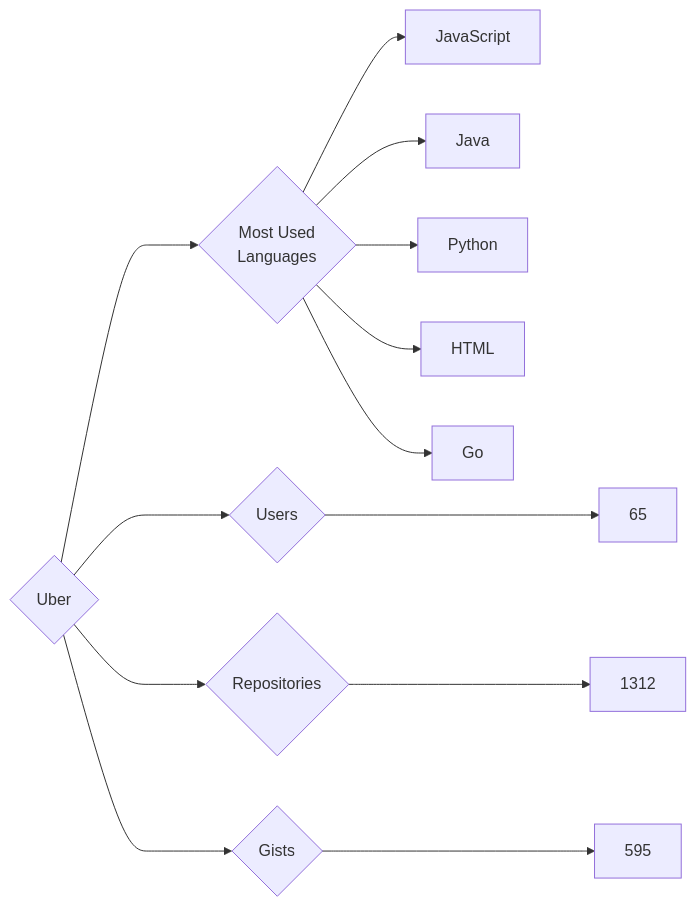
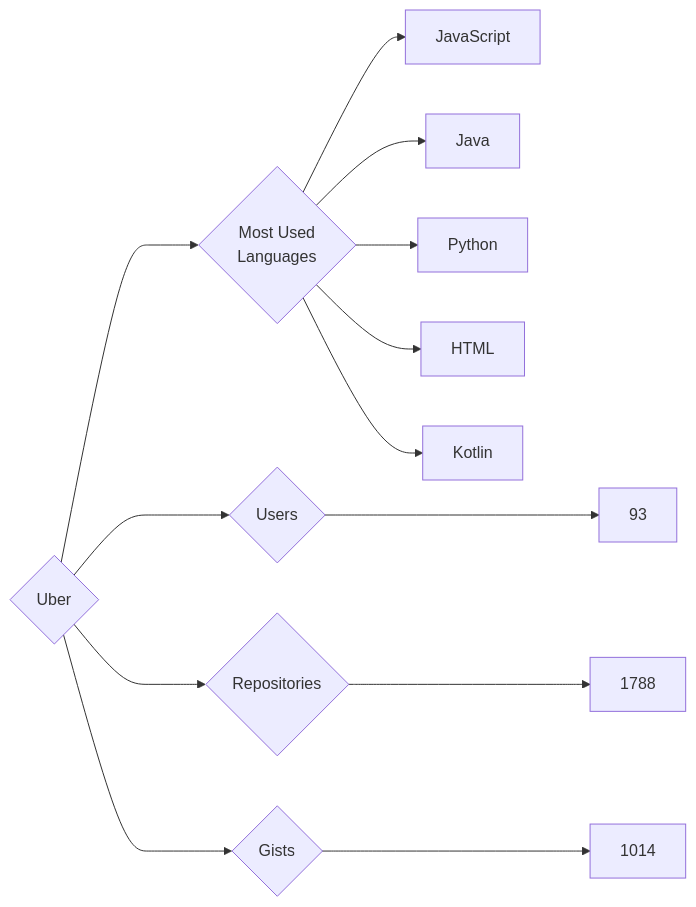
Before and after one commit to trickest/insiders: the diagram in targets/Uber/README.md, drawn with Mermaid. The commit also changed 715 other files, not shown here.

````diff
--- a/targets/Uber/README.md
+++ b/targets/Uber/README.md
@@ -3,13 +3,13 @@
 ```mermaid
 graph LR
 COMPANY_NAME{Uber}
-COMPANY_NAME ---> U{Users} ---> UN[65]
-COMPANY_NAME ---> R{Repositories} ---> RN[1312]
-COMPANY_NAME ---> G{Gists} ---> GN[595]
+COMPANY_NAME ---> U{Users} ---> UN[93]
+COMPANY_NAME ---> R{Repositories} ---> RN[1788]
+COMPANY_NAME ---> G{Gists} ---> GN[1014]
 COMPANY_NAME ---> ML{Most Used<br>Languages}
 ML --> JavaScript[JavaScript]
 ML --> Java[Java]
 ML --> Python[Python]
 ML --> HTML[HTML]
-ML --> Go[Go]
+ML --> Kotlin[Kotlin]
 ```
````
